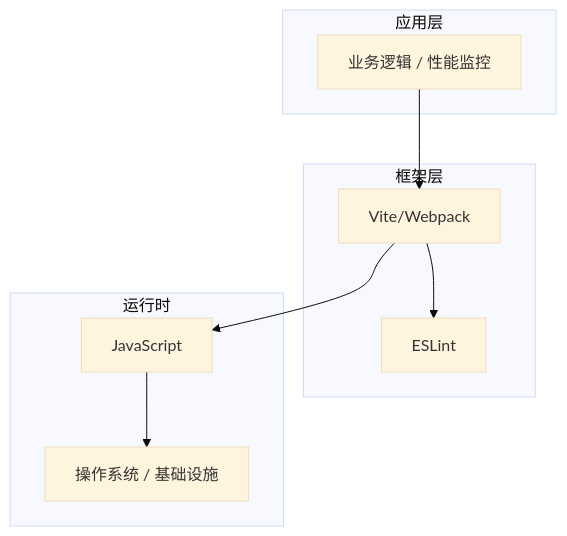
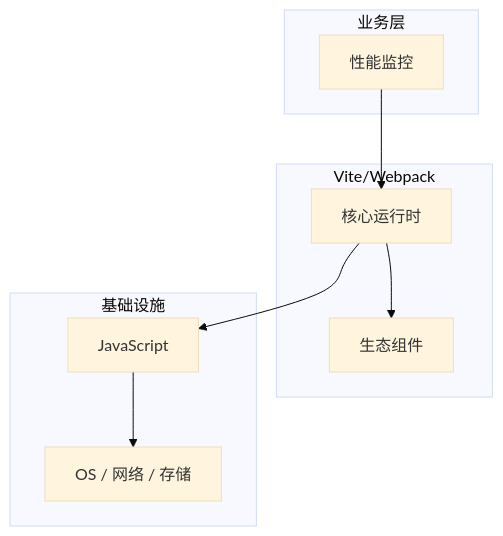
Before and after one commit to yanggan2015/knowledge-json-v2: the diagram in articles/前端工程化/chapters/085-性能监控核心概念与原理.md, drawn with Mermaid (base theme). The commit also changed other lines of this file and 10127 other files, not shown here.

````diff
--- a/articles/前端工程化/chapters/085-性能监控核心概念与原理.md
+++ b/articles/前端工程化/chapters/085-性能监控核心概念与原理.md
@@ -45,18 +34,18 @@
 ```mermaid
 graph TB
-    subgraph 应用层
-        A[业务逻辑 / 性能监控]
+    subgraph 业务层
+        A[性能监控]
     end
-    subgraph 框架层
-        B[Vite/Webpack]
-        C[ESLint]
+    subgraph Vite/Webpack
+        B[核心运行时]
+        C[生态组件]
     end
-    subgraph 运行时
+    subgraph 基础设施
         D[JavaScript]
-        E[操作系统 / 基础设施]
+        E[OS / 网络 / 存储]
     end
     A --> B
     B --> C
     B --> D
     D --> E
 ```
````
